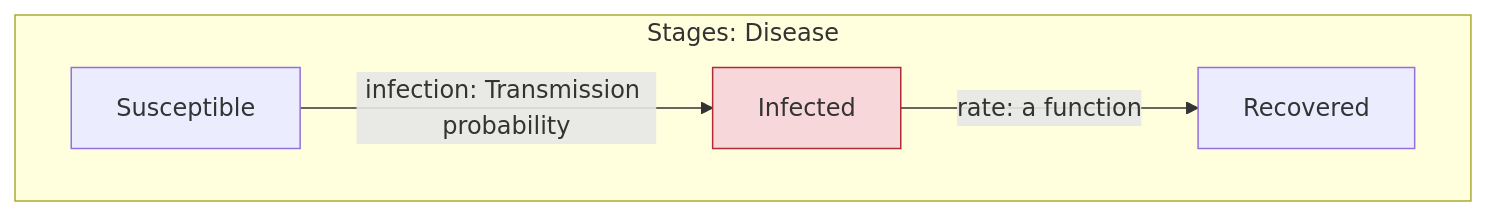
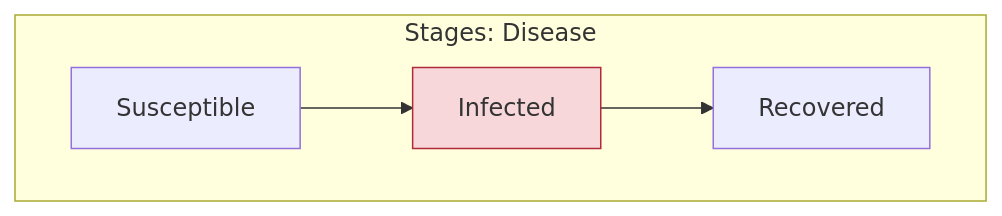
The diagram in epiworldpy/include/epiworld/models/sirlogit.mmd (UofUEpiBio/epiworldpy), drawn with Mermaid before and after one commit. The commit also changed 16 other files, not shown here.

First line of the commit message:
Port epiworld NH-close: diagrams without transition labels (UofUEpiBio/epiworld#370)

```diff
--- a/epiworldpy/include/epiworld/models/sirlogit.mmd
+++ b/epiworldpy/include/epiworld/models/sirlogit.mmd
@@ -1,13 +1,13 @@
 %% Drawn from the model's declarations by `make diagrams`; do not edit.
 flowchart LR
     subgraph stages["Stages: Disease"]
         direction LR
         s0["Susceptible"]
         s1["Infected"]:::infectious
         s2["Recovered"]
-        s0 -->|"infection: Transmission probability"| s1
-        s1 -->|"rate: a function"| s2
+        s0 --> s1
+        s1 --> s2
     end
     classDef infectious fill:#f8d7da,stroke:#b02a37
     classDef carrier fill:#fff3cd,stroke:#997404
     classDef away fill:#e2e3e5,stroke:#6c757d
```
